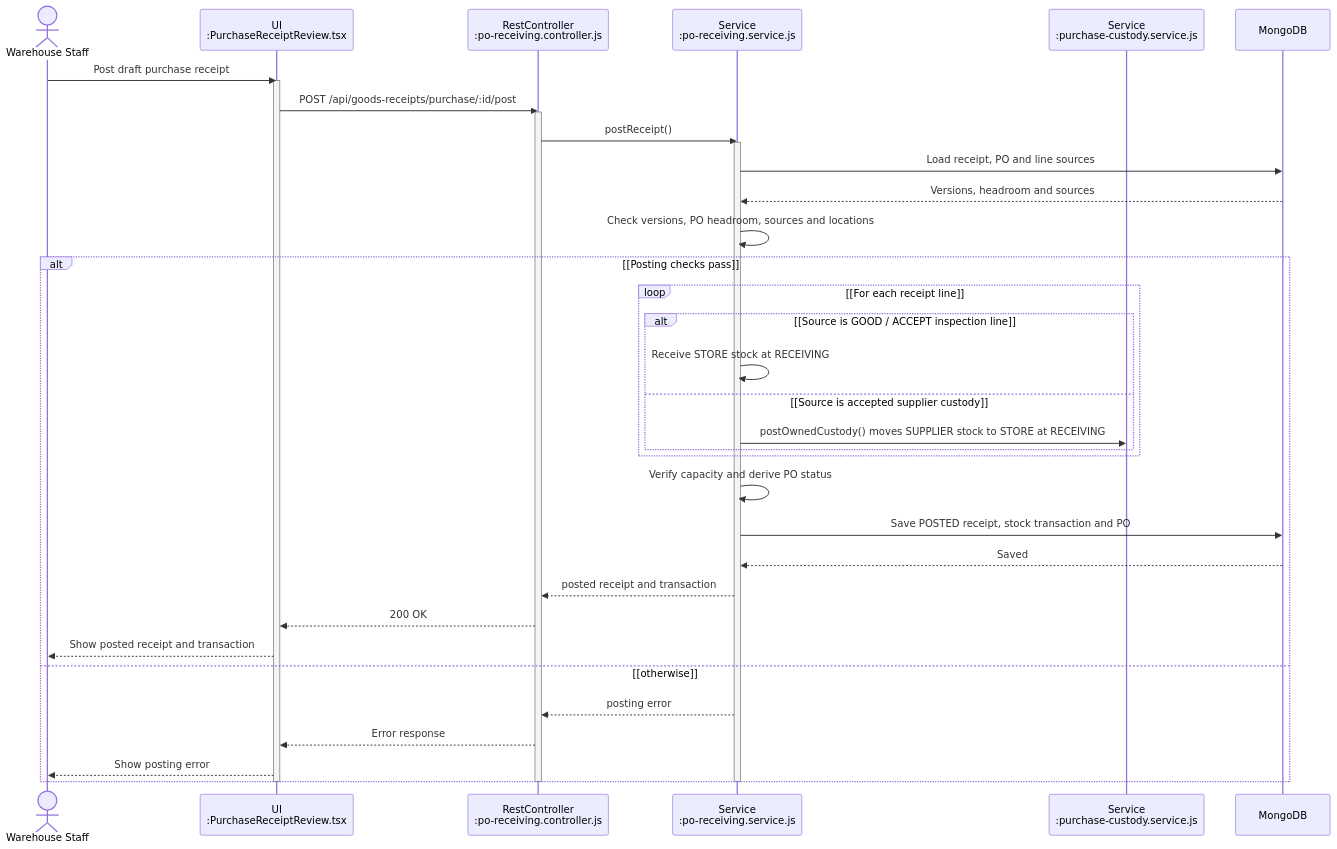
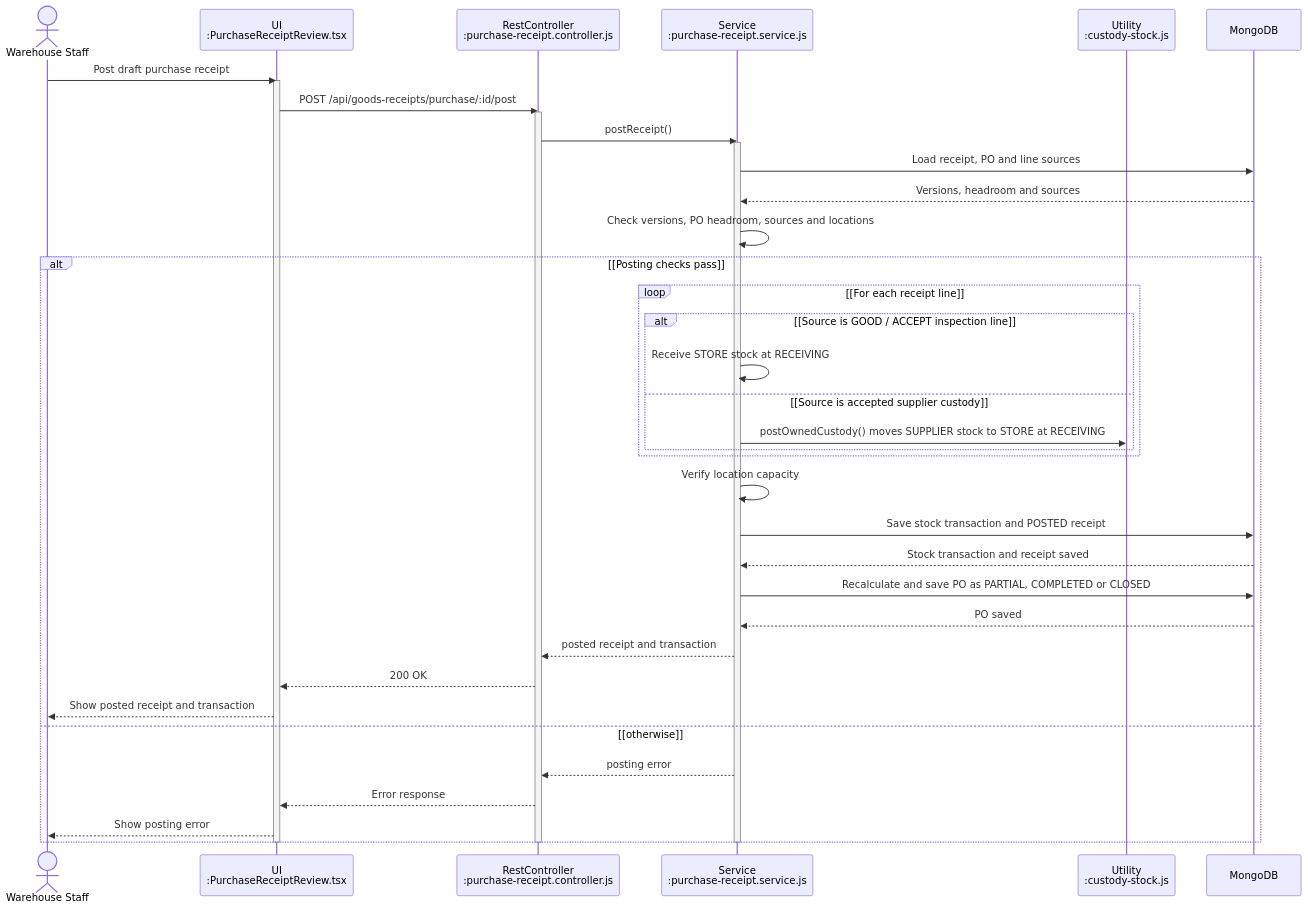
Diagram 24 of 46 in git_doc/docs/01_bao_cao/WMSD_Report4_Draft.md (bupbalabup/wmsd_be), drawn with Mermaid before and after one commit. The commit also changed other lines of this file and 29 other files, not shown here.

````diff
--- a/git_doc/docs/01_bao_cao/WMSD_Report4_Draft.md
+++ b/git_doc/docs/01_bao_cao/WMSD_Report4_Draft.md
@@ -1707,40 +1727,42 @@
 ```mermaid
 sequenceDiagram
   actor X as Warehouse Staff
   participant U as UI<br/>:PurchaseReceiptReview.tsx
-  participant A as RestController<br/>:po-receiving.controller.js
-  participant S as Service<br/>:po-receiving.service.js
-  participant T as Service<br/>:purchase-custody.service.js
+  participant A as RestController<br/>:purchase-receipt.controller.js
+  participant S as Service<br/>:purchase-receipt.service.js
+  participant T as Utility<br/>:custody-stock.js
   participant D as MongoDB
   X->>U: Post draft purchase receipt
   activate U
   U->>A: POST /api/goods-receipts/purchase/:id/post
   activate A
   A->>S: postReceipt()
   activate S
   S->>D: Load receipt, PO and line sources
   D-->>S: Versions, headroom and sources
   S->>S: Check versions, PO headroom, sources and locations
   alt [Posting checks pass]
     loop [For each receipt line]
       alt [Source is GOOD / ACCEPT inspection line]
         S->>S: Receive STORE stock at RECEIVING
       else [Source is accepted supplier custody]
         S->>T: postOwnedCustody() moves SUPPLIER stock to STORE at RECEIVING
       end
     end
-    S->>S: Verify capacity and derive PO status
-    S->>D: Save POSTED receipt, stock transaction and PO
-    D-->>S: Saved
+    S->>S: Verify location capacity
+    S->>D: Save stock transaction and POSTED receipt
+    D-->>S: Stock transaction and receipt saved
+    S->>D: Recalculate and save PO as PARTIAL, COMPLETED or CLOSED
+    D-->>S: PO saved
     S-->>A: posted receipt and transaction
     A-->>U: 200 OK
     U-->>X: Show posted receipt and transaction
   else [otherwise]
     S-->>A: posting error
     A-->>U: Error response
     U-->>X: Show posting error
   end
   deactivate S
   deactivate A
   deactivate U
 ```
````
